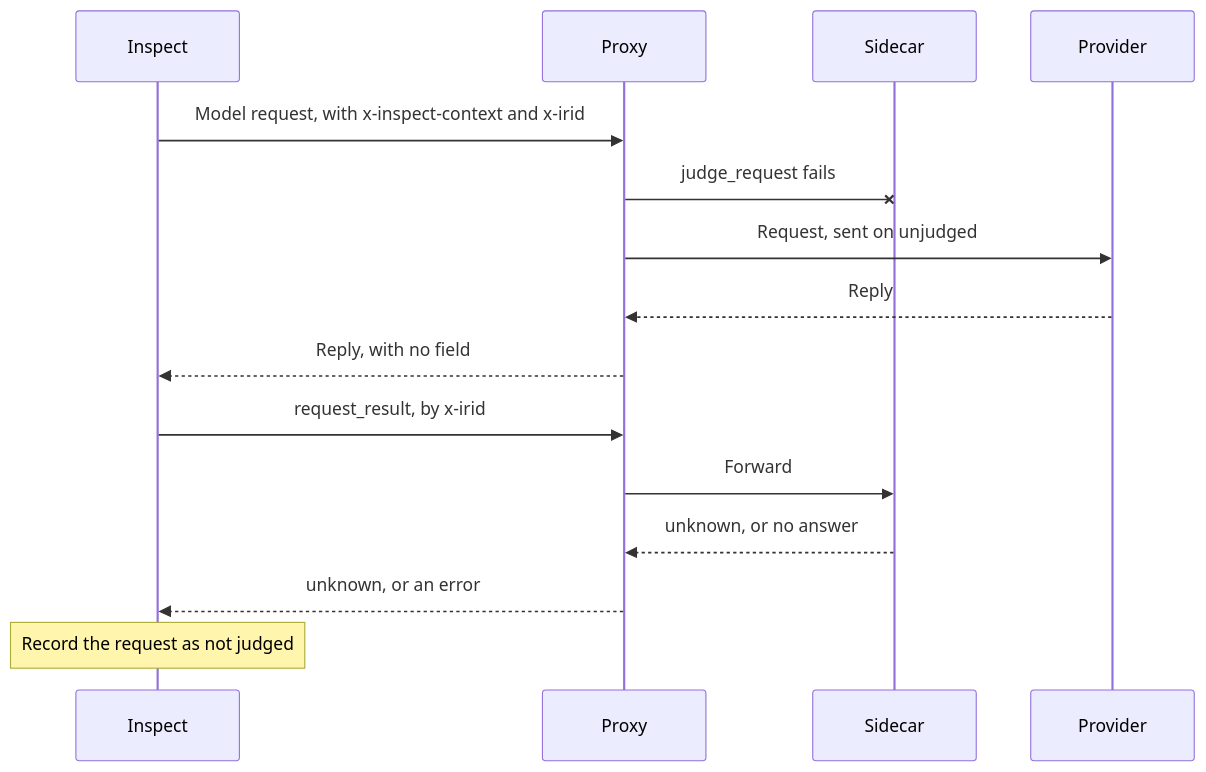
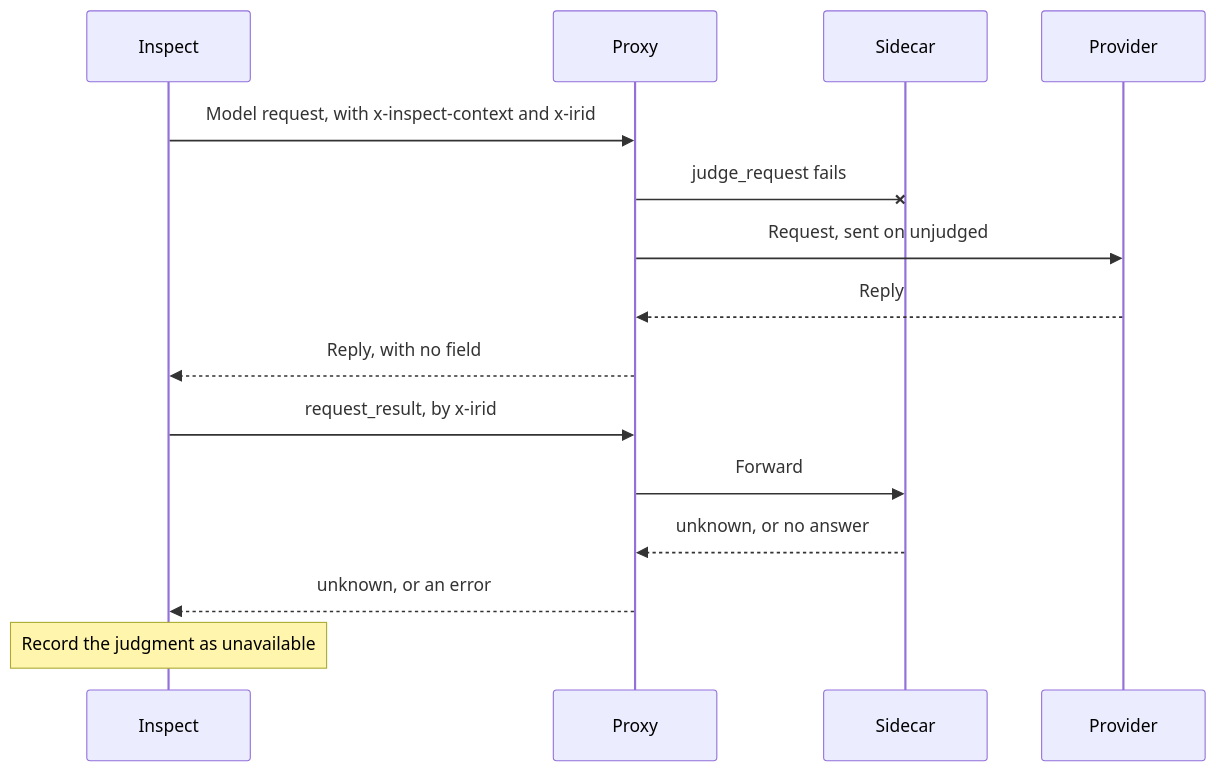
One commit to meridianlabs-ai/inspect_sentinel changed the ninth of 10 diagrams in design/sidecar.md. Above: the diagram before and after it, drawn with Mermaid. The commit also changed other lines of this file and 2 other files, not shown here.

````diff
--- a/design/sidecar.md
+++ b/design/sidecar.md
@@ -911,17 +912,17 @@
 ```mermaid
 sequenceDiagram
     participant I as Inspect
     participant P as Proxy
     participant S as Sidecar
     participant M as Provider
     I->>P: Model request, with x-inspect-context and x-irid
     P-xS: judge_request fails
     P->>M: Request, sent on unjudged
     M-->>P: Reply
     P-->>I: Reply, with no field
     I->>P: request_result, by x-irid
     P->>S: Forward
     S-->>P: unknown, or no answer
     P-->>I: unknown, or an error
-    Note over I: Record the request as not judged
+    Note over I: Record the judgment as unavailable
 ```
````
